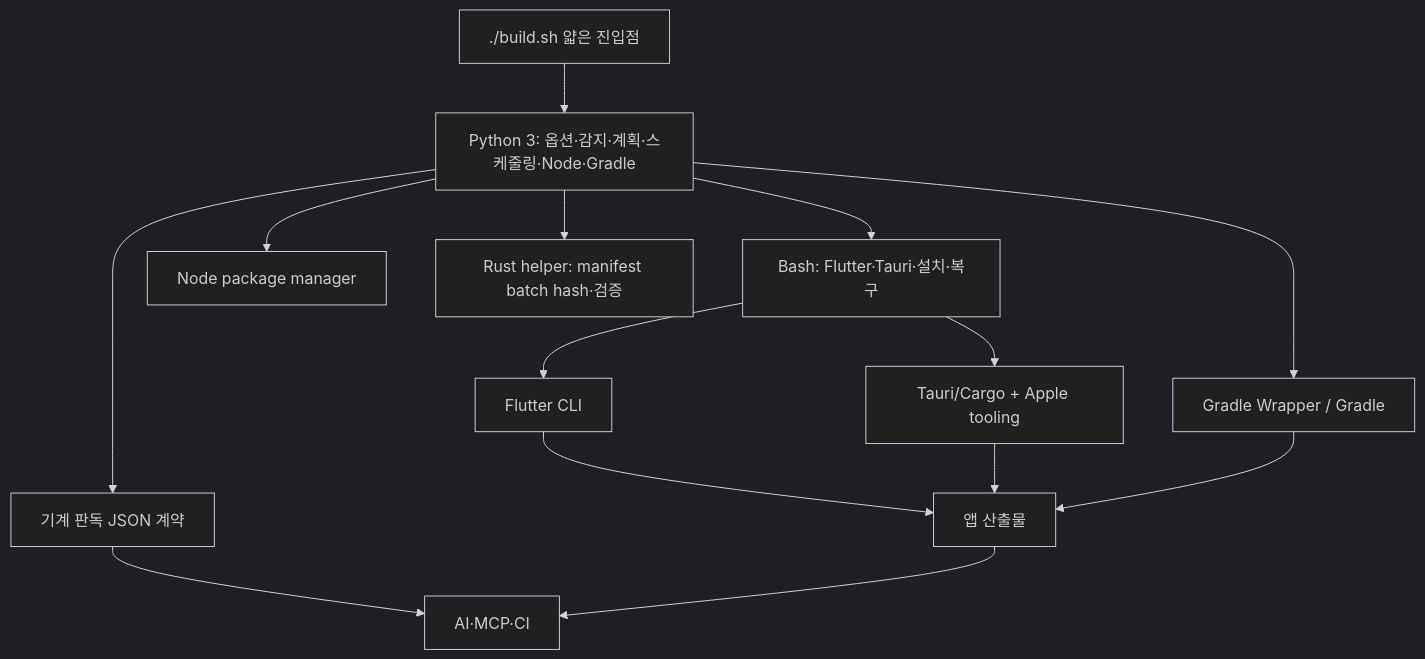
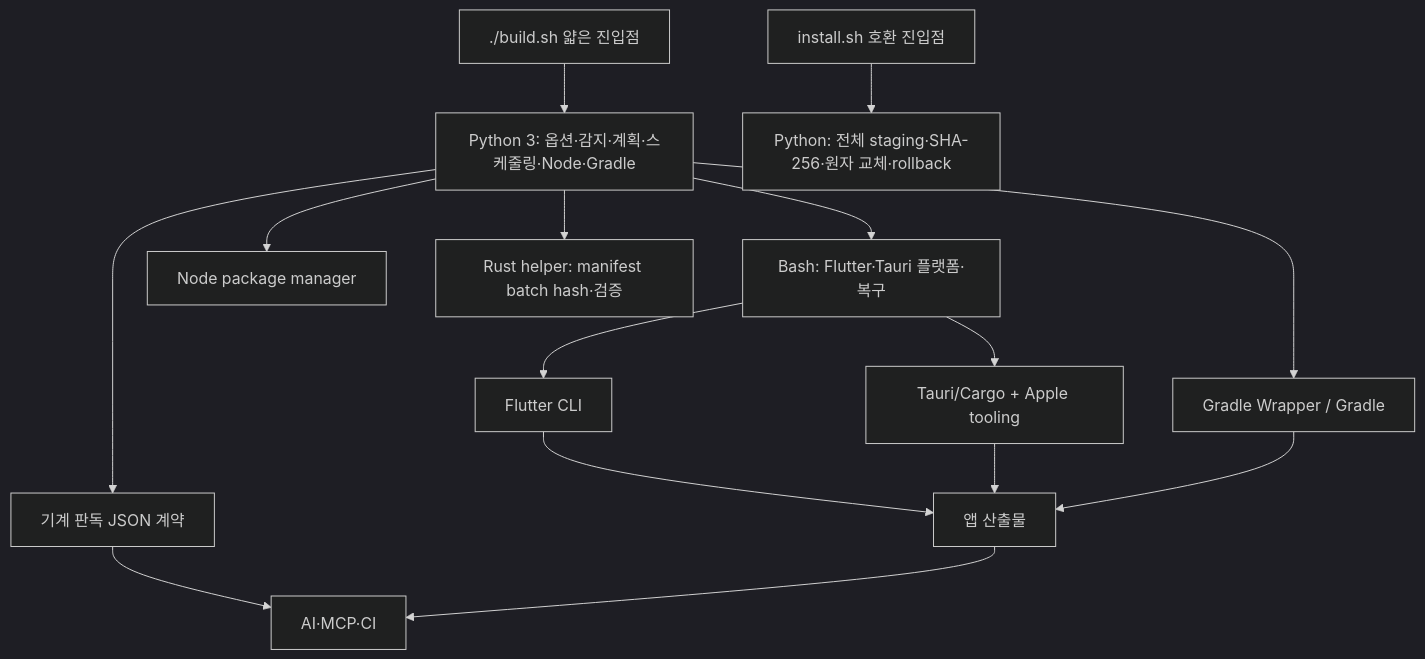
Before and after one commit to kimdzhekhon/Universal-Build-Script: the fourth of 9 diagrams in README.md, drawn with Mermaid (dark theme). The commit also changed other lines of this file and 23 other files, not shown here.

````diff
--- a/README.md
+++ b/README.md
@@ -214,16 +216,17 @@
 ```mermaid
 flowchart TB
     E["./build.sh 얇은 진입점"] --> P["Python 3: 옵션·감지·계획·스케줄링·Node·Gradle"]
-    P --> S["Bash: Flutter·Tauri·설치·복구"]
+    I["install.sh 호환 진입점"] --> X["Python: 전체 staging·SHA-256·원자 교체·rollback"]
+    P --> S["Bash: Flutter·Tauri 플랫폼·복구"]
     P --> N["Node package manager"]
     P --> G["Gradle Wrapper / Gradle"]
     S --> F["Flutter CLI"]
     S --> T["Tauri/Cargo + Apple tooling"]
     P --> R["Rust helper: manifest batch hash·검증"]
     P --> J["기계 판독 JSON 계약"]
     F --> A["앱 산출물"]
     T --> A
     G --> A
     J --> C["AI·MCP·CI"]
     A --> C
 ```
````
